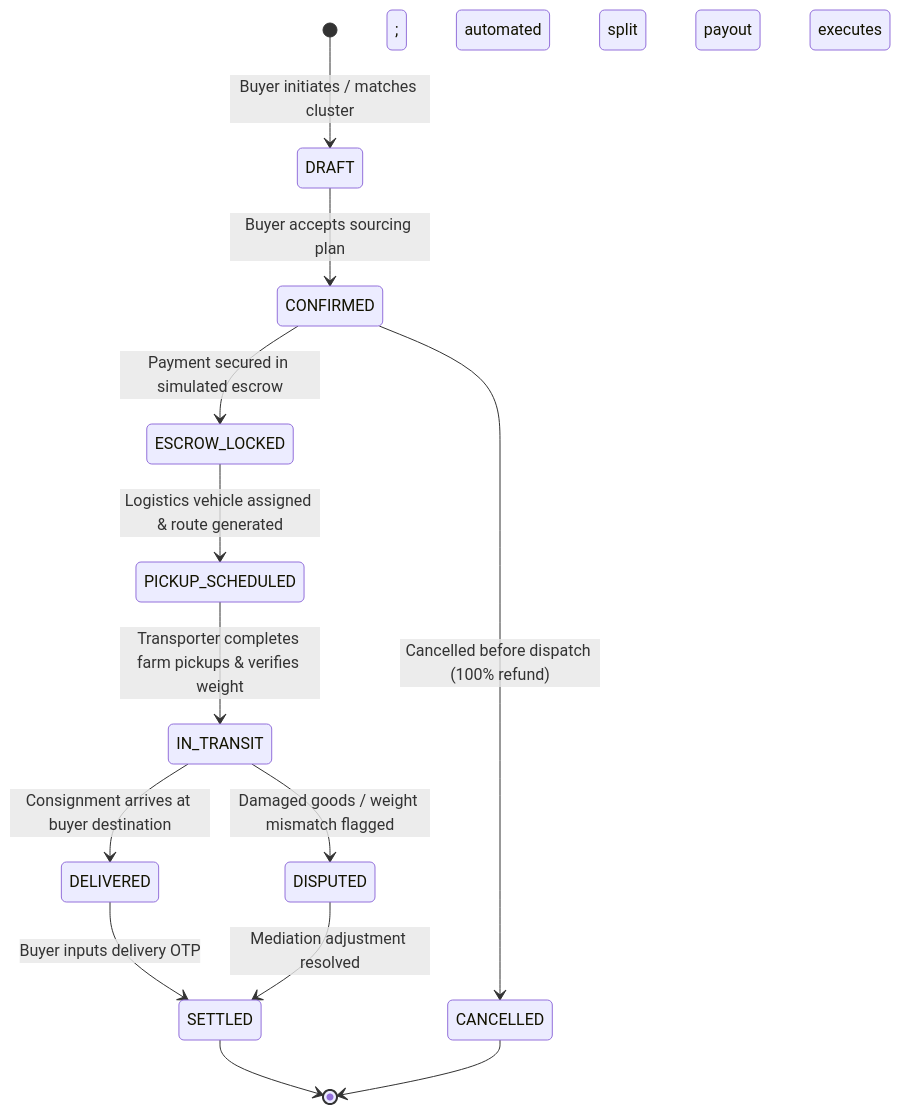
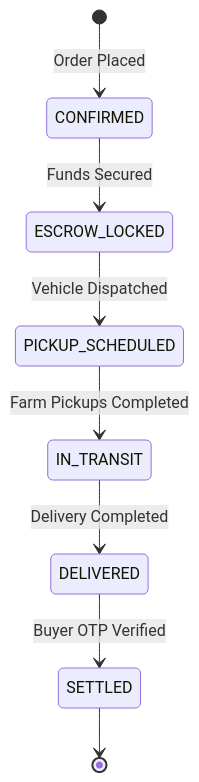
The third of 4 diagrams in DOCS/TRD.md (vanshbahl/KisanLink), drawn with Mermaid before and after one commit. The commit also changed other lines of this file and 11 other files, not shown here.

````diff
--- a/DOCS/TRD.md
+++ b/DOCS/TRD.md
@@ -342,16 +313,10 @@
 ```mermaid
 stateDiagram-v2
-    [*] --> DRAFT : Buyer initiates / matches cluster
-    DRAFT --> CONFIRMED : Buyer accepts sourcing plan
-    CONFIRMED --> ESCROW_LOCKED : Payment secured in simulated escrow
-    ESCROW_LOCKED --> PICKUP_SCHEDULED : Logistics vehicle assigned & route generated
-    PICKUP_SCHEDULED --> IN_TRANSIT : Transporter completes farm pickups & verifies weight
-    IN_TRANSIT --> DELIVERED : Consignment arrives at buyer destination
-    DELIVERED --> SETTLED : Buyer inputs delivery OTP; automated split payout executes
-    
-    CONFIRMED --> CANCELLED : Cancelled before dispatch (100% refund)
-    IN_TRANSIT --> DISPUTED : Damaged goods / weight mismatch flagged
-    DISPUTED --> SETTLED : Mediation adjustment resolved
+    [*] --> CONFIRMED : Order Placed
+    CONFIRMED --> ESCROW_LOCKED : Funds Secured
+    ESCROW_LOCKED --> PICKUP_SCHEDULED : Vehicle Dispatched
+    PICKUP_SCHEDULED --> IN_TRANSIT : Farm Pickups Completed
+    IN_TRANSIT --> DELIVERED : Delivery Completed
+    DELIVERED --> SETTLED : Buyer OTP Verified
     SETTLED --> [*]
-    CANCELLED --> [*]
 ```
````
